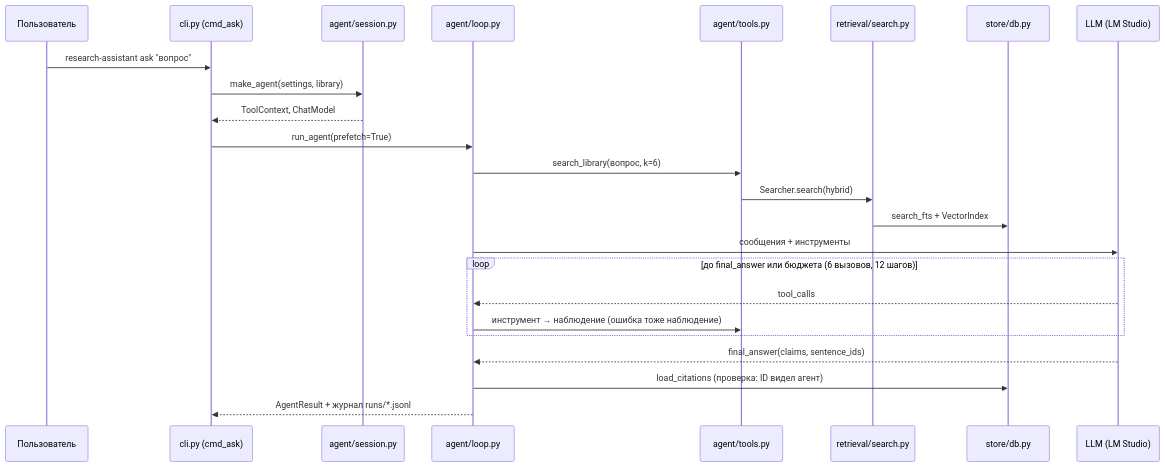
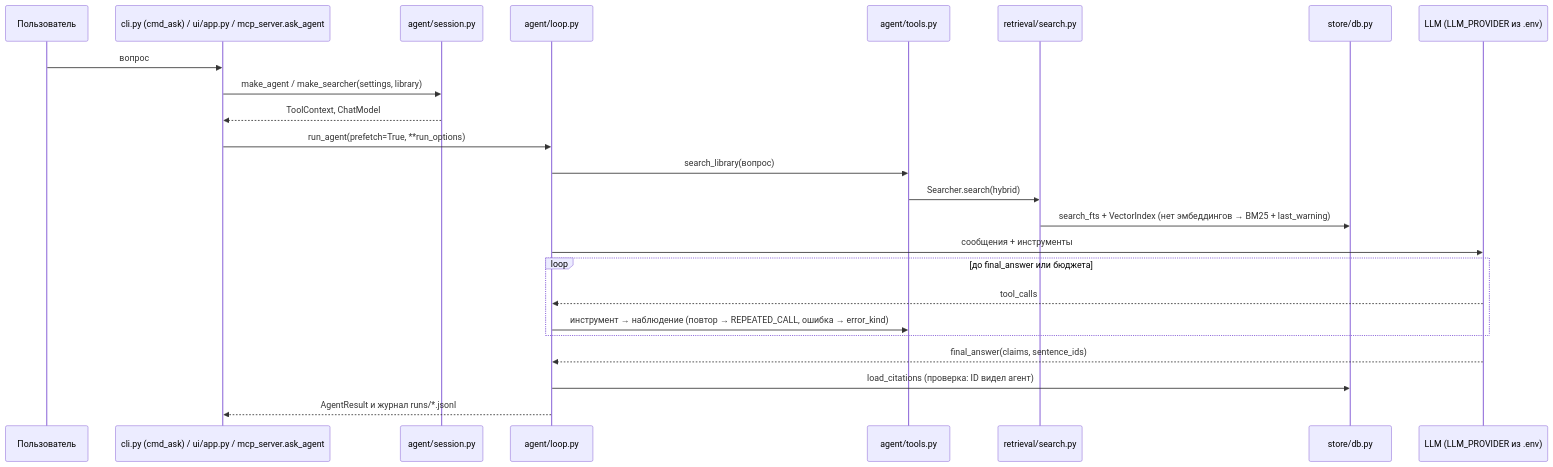
Before and after one commit to InZainer/research-assistant: the second of 4 diagrams in .nexus-map/arch/dependencies.md, drawn with Mermaid. The commit also changed other lines of this file and 100 other files, not shown here.

````diff
--- a/.nexus-map/arch/dependencies.md
+++ b/.nexus-map/arch/dependencies.md
@@ -48,26 +78,26 @@
 ```mermaid
 sequenceDiagram
     participant U as Пользователь
-    participant C as cli.py (cmd_ask)
+    participant C as cli.py (cmd_ask) / ui/app.py / mcp_server.ask_agent
     participant S as agent/session.py
     participant L as agent/loop.py
     participant T as agent/tools.py
     participant R as retrieval/search.py
     participant D as store/db.py
-    participant M as LLM (LM Studio)
-    U->>C: research-assistant ask "вопрос"
-    C->>S: make_agent(settings, library)
+    participant M as LLM (LLM_PROVIDER из .env)
+    U->>C: вопрос
+    C->>S: make_agent / make_searcher(settings, library)
     S-->>C: ToolContext, ChatModel
-    C->>L: run_agent(prefetch=True)
-    L->>T: search_library(вопрос, k=6)
+    C->>L: run_agent(prefetch=True, **run_options)
+    L->>T: search_library(вопрос)
     T->>R: Searcher.search(hybrid)
-    R->>D: search_fts + VectorIndex
+    R->>D: search_fts + VectorIndex (нет эмбеддингов → BM25 + last_warning)
     L->>M: сообщения + инструменты
-    loop до final_answer или бюджета (6 вызовов, 12 шагов)
+    loop до final_answer или бюджета
         M-->>L: tool_calls
-        L->>T: инструмент → наблюдение (ошибка тоже наблюдение)
+        L->>T: инструмент → наблюдение (повтор → REPEATED_CALL, ошибка → error_kind)
     end
     M-->>L: final_answer(claims, sentence_ids)
     L->>D: load_citations (проверка: ID видел агент)
-    L-->>C: AgentResult + журнал runs/*.jsonl
+    L-->>C: AgentResult и журнал runs/*.jsonl
 ```
````
